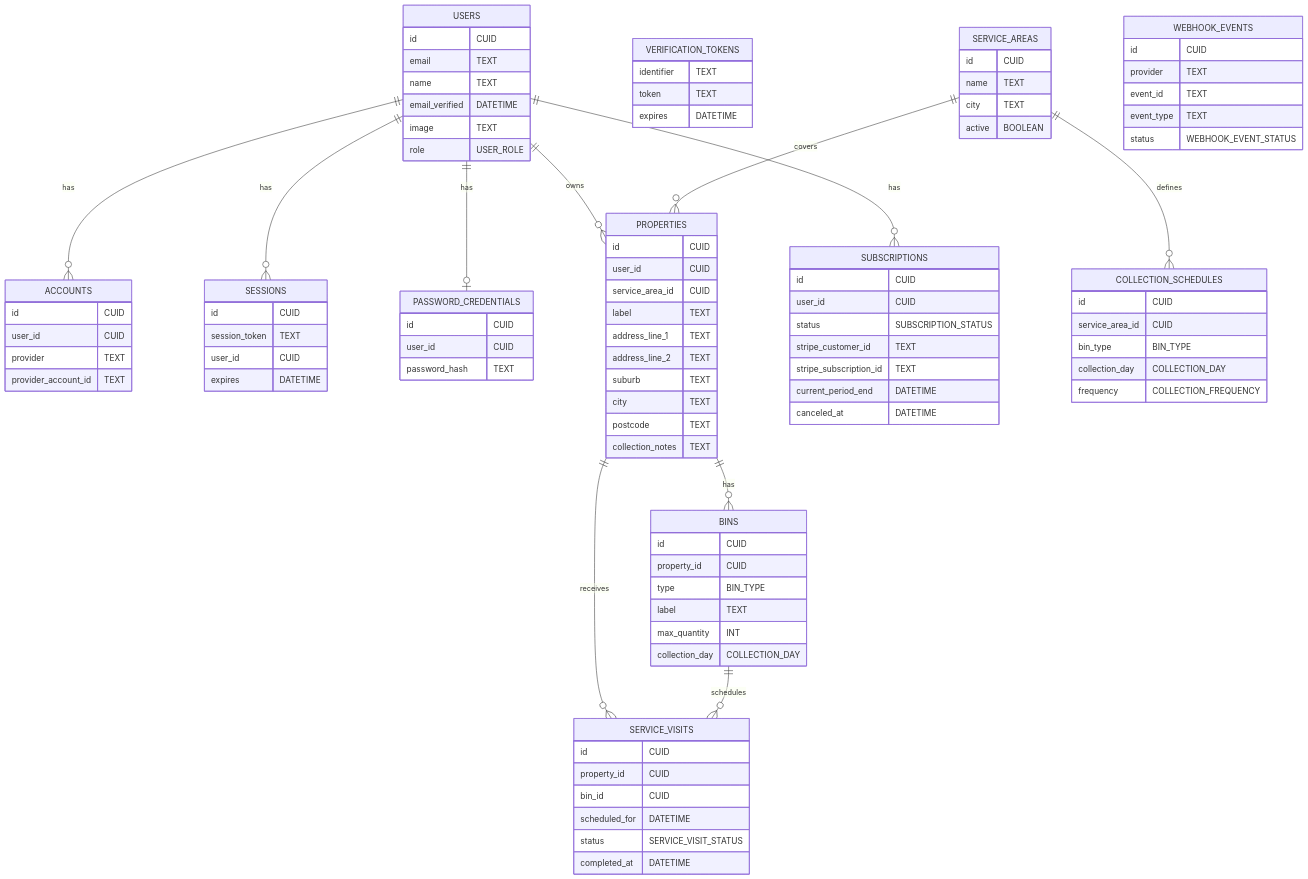
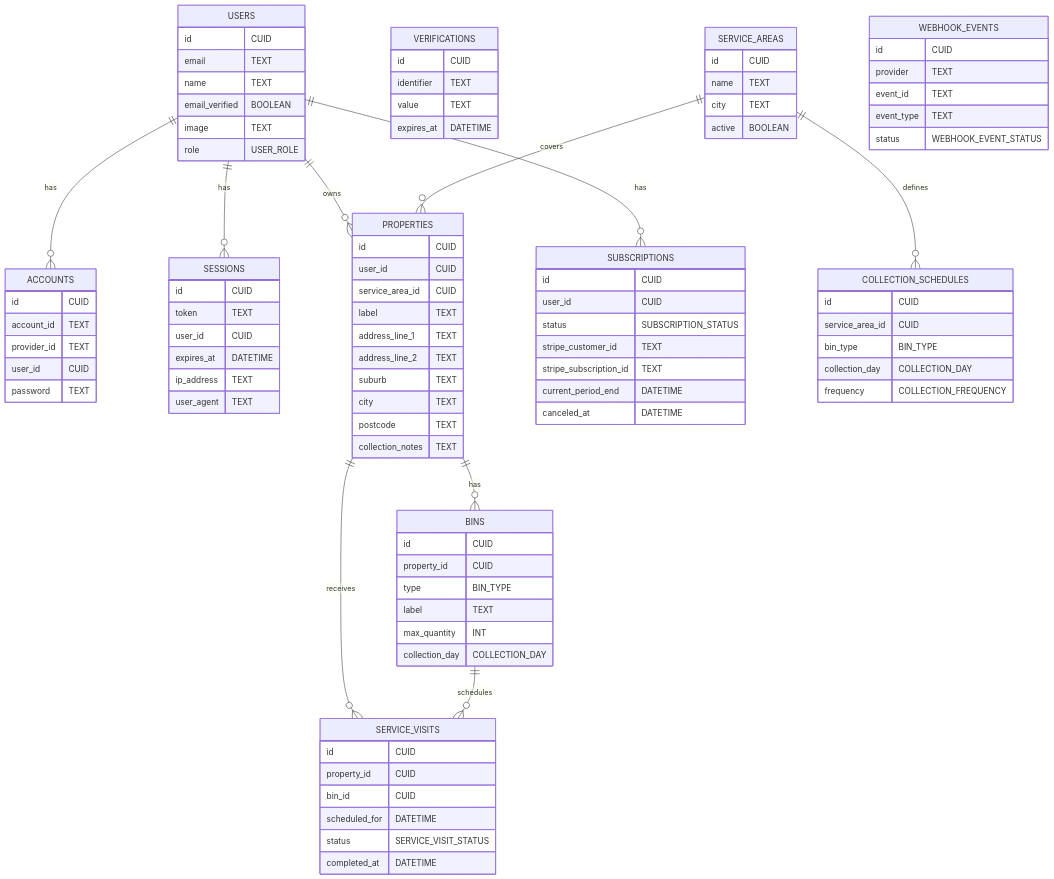
Before and after one commit to angelacollings/binrun: the diagram in docs/diagrams/data-model.md, drawn with Mermaid. The commit also changed 29 other files, not shown here.

```diff
--- a/docs/diagrams/data-model.md
+++ b/docs/diagrams/data-model.md
@@ -11,35 +11,33 @@
 id CUID
 email TEXT
 name TEXT
-email_verified DATETIME
+email_verified BOOLEAN
 image TEXT
 role USER_ROLE
 }
 
     ACCOUNTS {
         id CUID
+        account_id TEXT
+        provider_id TEXT
         user_id CUID
-        provider TEXT
-        provider_account_id TEXT
+        password TEXT
     }
 
     SESSIONS {
         id CUID
-        session_token TEXT
+        token TEXT
         user_id CUID
-        expires DATETIME
+        expires_at DATETIME
+        ip_address TEXT
+        user_agent TEXT
     }
 
-    PASSWORD_CREDENTIALS {
+    VERIFICATIONS {
         id CUID
-        user_id CUID
-        password_hash TEXT
-    }
-
-    VERIFICATION_TOKENS {
         identifier TEXT
-        token TEXT
-        expires DATETIME
+        value TEXT
+        expires_at DATETIME
     }
 
     PROPERTIES {
@@ -108,7 +106,6 @@
 
     USERS ||--o{ ACCOUNTS : has
     USERS ||--o{ SESSIONS : has
-    USERS ||--o| PASSWORD_CREDENTIALS : has
     USERS ||--o{ PROPERTIES : owns
     PROPERTIES ||--o{ BINS : has
     USERS ||--o{ SUBSCRIPTIONS : has
```
